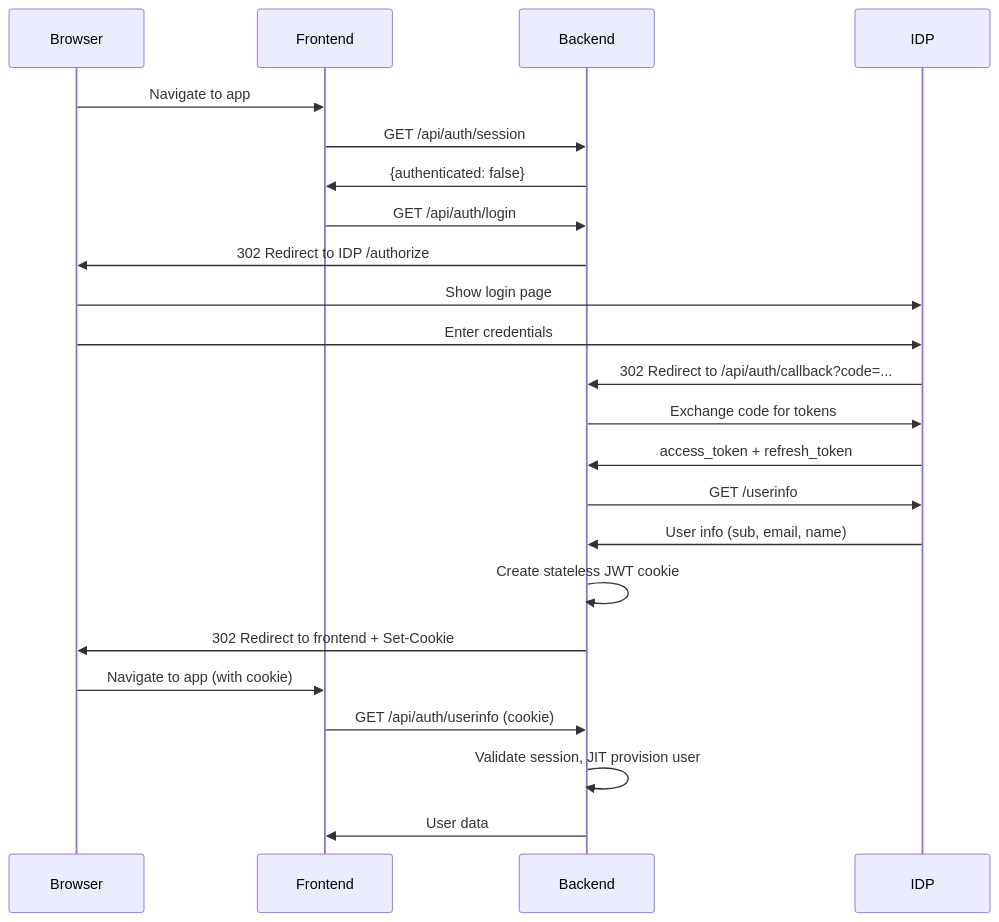
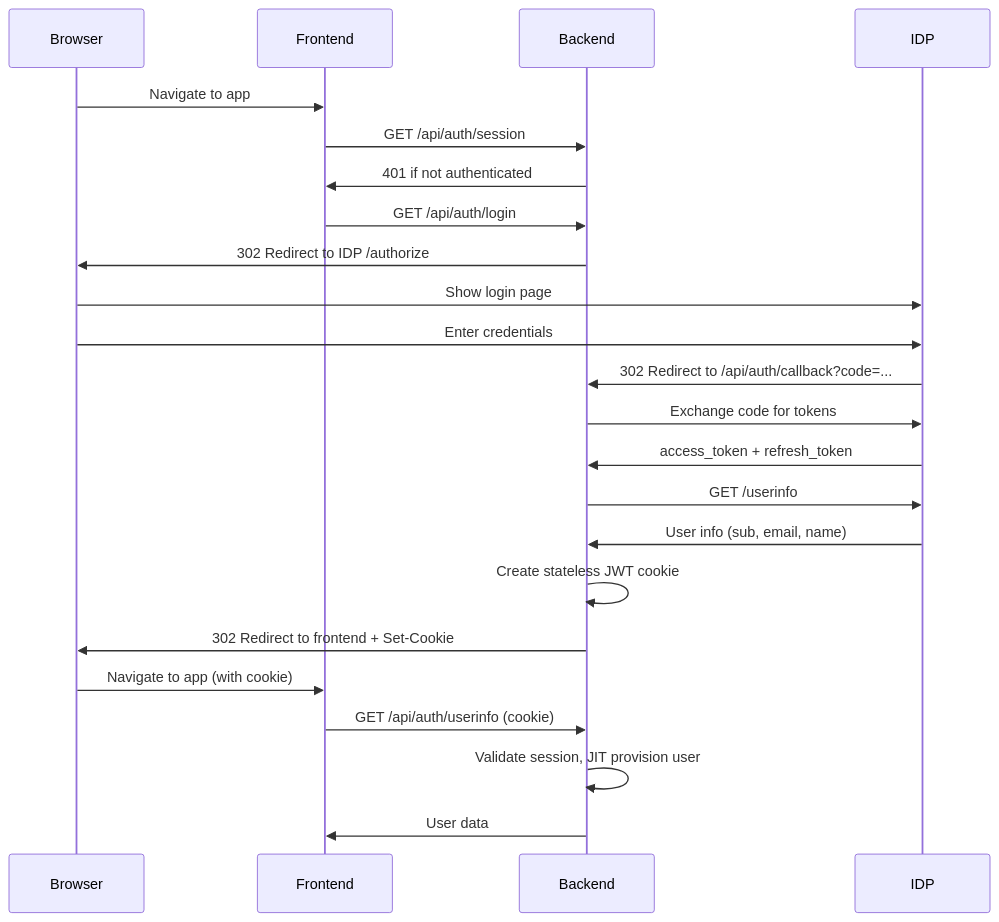
The second of 2 diagrams in backend/omni/docs/architecture/auth.md (modAI-systems/modAI-chat), drawn with Mermaid before and after one commit. The commit also changed other lines of this file and 19 other files, not shown here.

````diff
--- a/backend/omni/docs/architecture/auth.md
+++ b/backend/omni/docs/architecture/auth.md
@@ -247,26 +240,26 @@
 ```mermaid
 sequenceDiagram
     participant Browser
     participant Frontend
     participant Backend
     participant IDP
 
     Browser->>Frontend: Navigate to app
     Frontend->>Backend: GET /api/auth/session
-    Backend->>Frontend: {authenticated: false}
+    Backend->>Frontend: 401 if not authenticated
     Frontend->>Backend: GET /api/auth/login
     Backend->>Browser: 302 Redirect to IDP /authorize
     Browser->>IDP: Show login page
     Browser->>IDP: Enter credentials
     IDP->>Backend: 302 Redirect to /api/auth/callback?code=...
     Backend->>IDP: Exchange code for tokens
     IDP->>Backend: access_token + refresh_token
     Backend->>IDP: GET /userinfo
     IDP->>Backend: User info (sub, email, name)
     Backend->>Backend: Create stateless JWT cookie
     Backend->>Browser: 302 Redirect to frontend + Set-Cookie
     Browser->>Frontend: Navigate to app (with cookie)
     Frontend->>Backend: GET /api/auth/userinfo (cookie)
     Backend->>Backend: Validate session, JIT provision user
     Backend->>Frontend: User data
 ```
````
